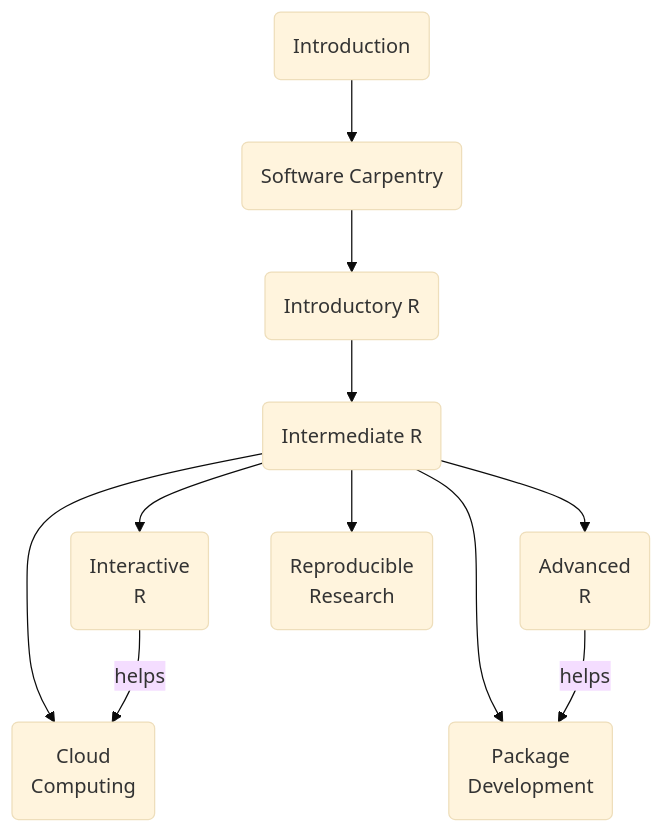
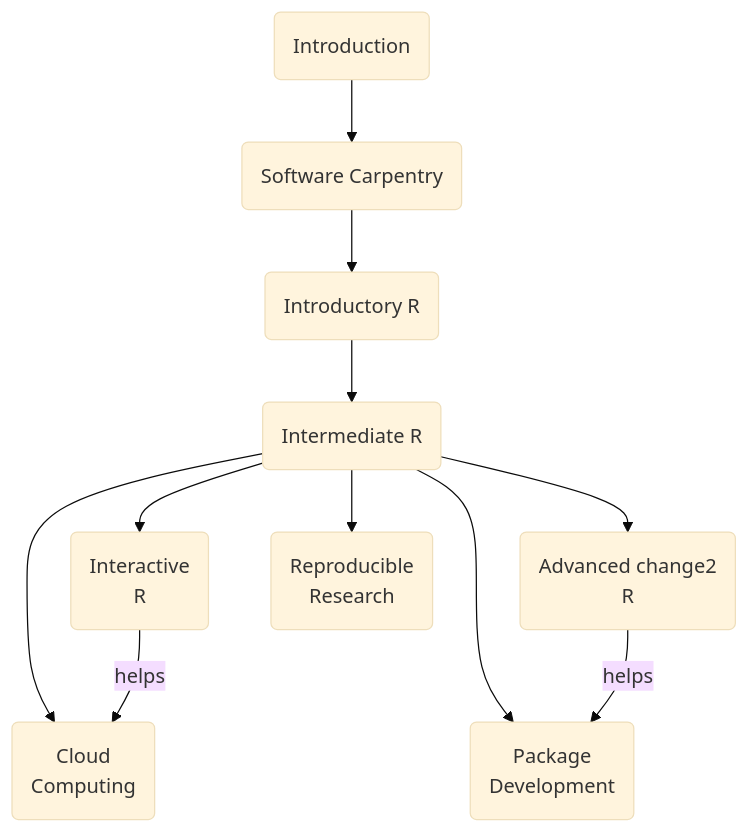
One commit to soztag/fossos changed the diagram in topics.mmd. Above: the diagram before and after it, drawn with Mermaid (base theme). The commit also changed 2 other files, not shown here.

```diff
--- a/topics.mmd
+++ b/topics.mmd
@@ -1,11 +1,11 @@
 graph TD
   intro(Introduction) --> sc(Software Carpentry)
   sc --> baser(Introductory R)
   baser --> tidy(Intermediate R)
   tidy --> shiny(Interactive <br> R)
-  tidy --> advr(Advanced <br> R)
+  tidy --> advr(Advanced change2 <br> R)
   tidy --> repr(Reproducible <br> Research)
   tidy --> rpkgs(Package <br> Development)
   tidy --> cloud(Cloud <br> Computing)
   shiny --helps--> cloud
   advr --helps--> rpkgs
```
